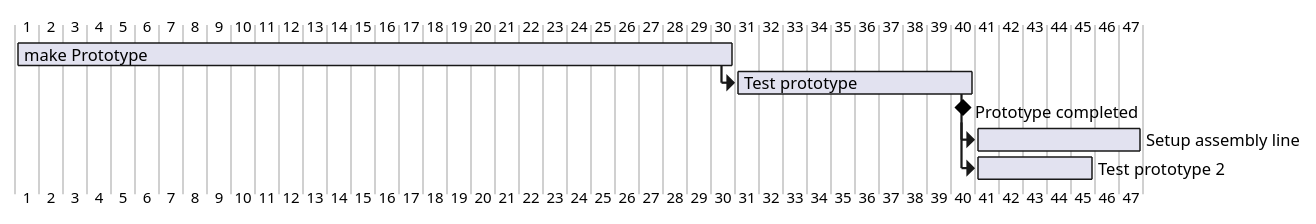
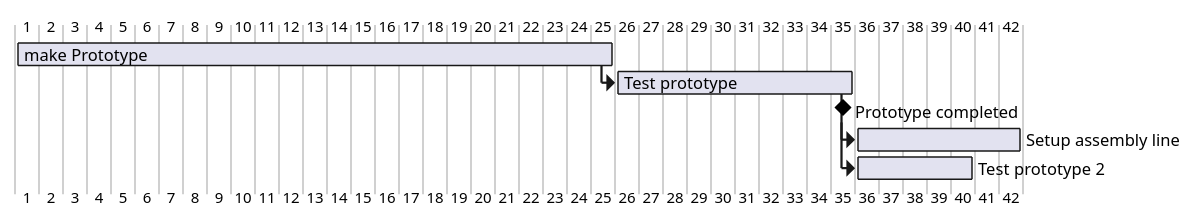
One commit to 2425-3ahif-syp/01-lab-projektantrag-shotgun007 changed the second of 2 diagrams in asciidocs/docs/index.adoc. Above: the diagram before and after it, drawn with PlantUML. The commit also changed other lines of this file, not shown here.

Commit message:
GANTT-Diagramm

```diff
--- a/asciidocs/docs/index.adoc
+++ b/asciidocs/docs/index.adoc
@@ -118,13 +116,13 @@
 [plantuml,gantt-protoype,png]
 ----
 @startgantt
-[make Prototype] lasts 30 days
+[make Prototype] lasts 25 days
 [Test prototype] lasts 10 days
 [Test prototype] starts at [make Prototype]'s end
 [Prototype completed] happens at [Test prototype]'s end
 [Setup assembly line] lasts 7 days
 [Setup assembly line] starts at [Test prototype]'s end
 [Test prototype 2] lasts 5 days
 [Test prototype 2] starts at [Prototype completed]'s end
 @endgantt
 ----
```
